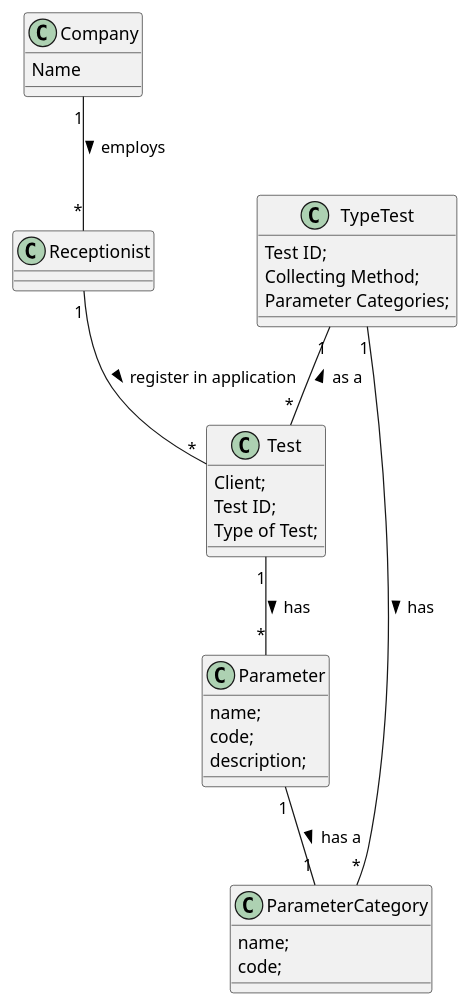
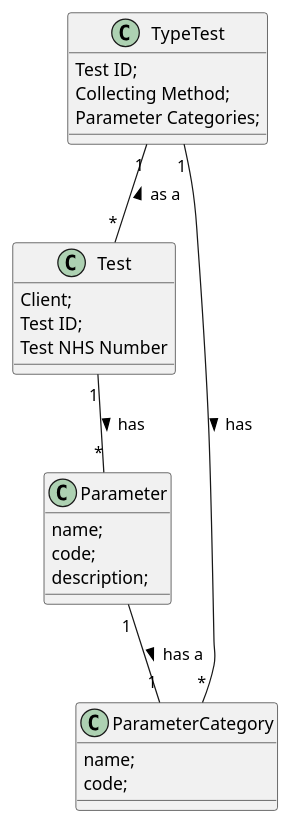
Before and after one commit to MarianaCLages/LAPR2: the diagram in docs/SprintC/US04/US4_MD.puml, drawn with PlantUML. The commit also changed 10 other files, not shown here.

```diff
--- a/docs/SprintC/US04/US4_MD.puml
+++ b/docs/SprintC/US04/US4_MD.puml
@@ -1,37 +1,30 @@
 @startuml
-class Company{
-Name
-}
+
 class Test{
 Client;
 Test ID;
-Type of Test;
+Test NHS Number
 }
 class TypeTest{
 Test ID;
 Collecting Method;
 Parameter Categories;
-}
-
-class Receptionist{
 }
 
 class Parameter{
 name;
 code;
 description;
 }
 class ParameterCategory{
 name;
 code;
 }
 
 
-Company "1" -- "*" Receptionist: employs >
 Parameter "1" -- "1" ParameterCategory : has a >
-Receptionist "1" -- "*" Test: register in application >
 Test "1" -- "*" Parameter : has >
 TypeTest "1" -- "*" Test : as a <
 TypeTest "1" -- "*" ParameterCategory : has >
 
 @enduml
```
